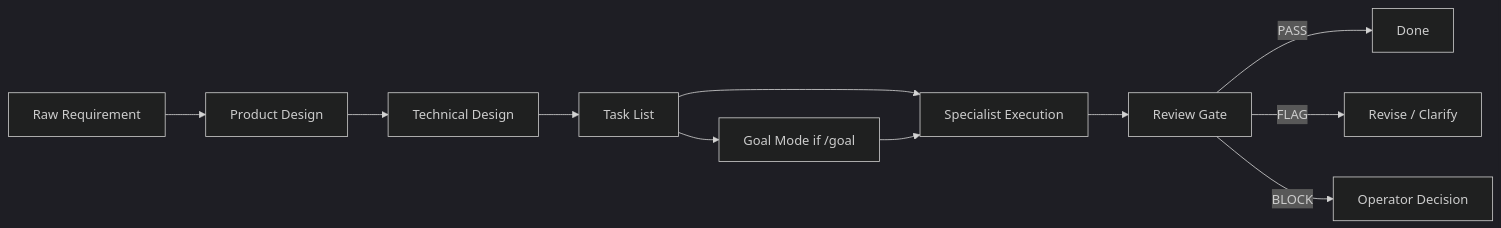
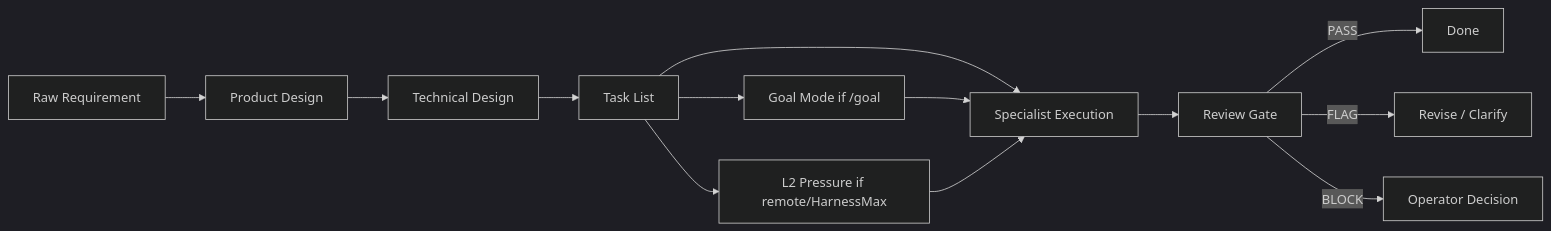
One commit to Fearvox/multica-ultimate-workbench changed the diagram in SYNTHESIS.md. Above: the diagram before and after it, drawn with Mermaid (dark theme). The commit also changed other lines of this file and 11 other files, not shown here.

Commit message:
feat: add remote harnessmax l2 pressure gate

````diff
--- a/SYNTHESIS.md
+++ b/SYNTHESIS.md
@@ -22,13 +22,15 @@
 ```mermaid
 flowchart LR
   A["Raw Requirement"] --> B["Product Design"]
   B --> C["Technical Design"]
   C --> D["Task List"]
   D --> E["Specialist Execution"]
   D --> J["Goal Mode if /goal"]
+  D --> K["L2 Pressure if remote/HarnessMax"]
   J --> E
+  K --> E
   E --> F["Review Gate"]
   F -->|PASS| G["Done"]
   F -->|FLAG| H["Revise / Clarify"]
   F -->|BLOCK| I["Operator Decision"]
 ```
````
